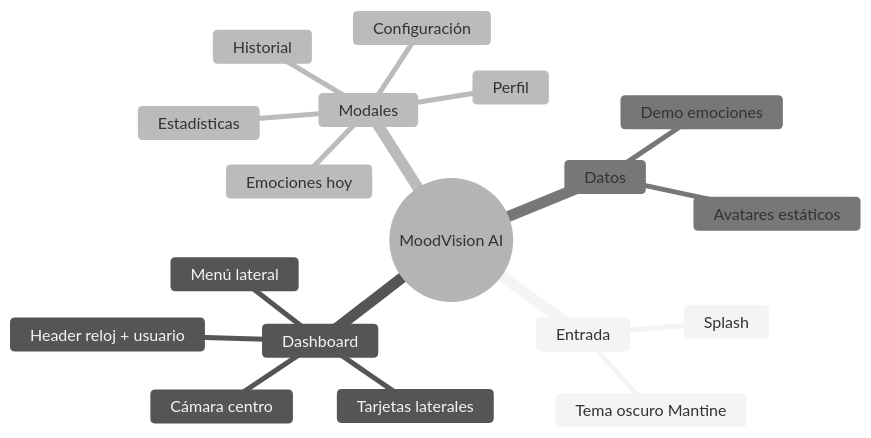
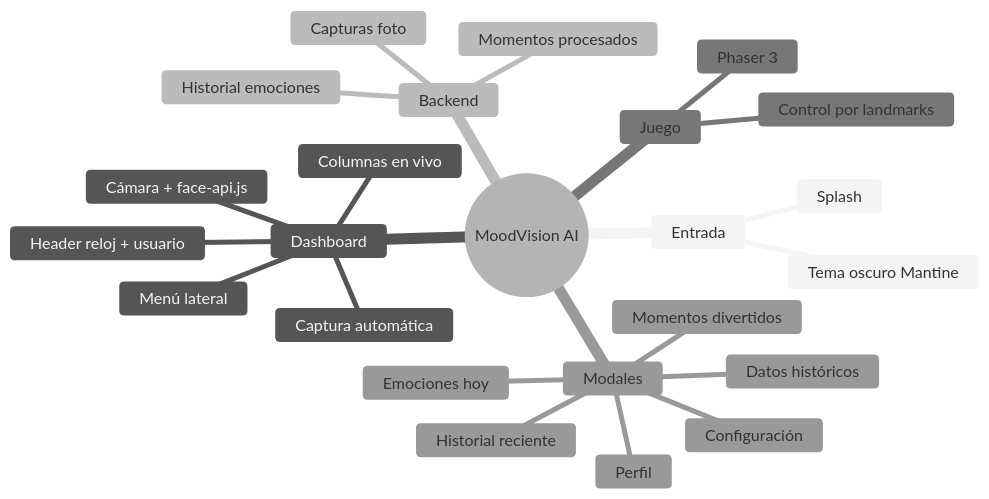
One commit to jjmirandaa86/uefn-frontend changed the eighth of 8 diagrams in README.md. Above: the diagram before and after it, drawn with Mermaid (neutral theme). The commit also changed other lines of this file and 4 other files, not shown here.

````diff
--- a/README.md
+++ b/README.md
@@ -229,21 +348,27 @@
 ```mermaid
 mindmap
   root((MoodVision AI))
     Entrada
       Splash
       Tema oscuro Mantine
     Dashboard
       Header reloj + usuario
       Menú lateral
-      Cámara centro
-      Tarjetas laterales
+      Cámara + face-api.js
+      Captura automática
+      Columnas en vivo
+    Backend
+      Capturas foto
+      Historial emociones
+      Momentos procesados
+    Juego
+      Phaser 3
+      Control por landmarks
     Modales
-      Estadísticas
+      Datos históricos
       Emociones hoy
-      Historial
+      Historial reciente
+      Momentos divertidos
       Configuración
       Perfil
-    Datos
-      Demo emociones
-      Avatares estáticos
 ```
````
